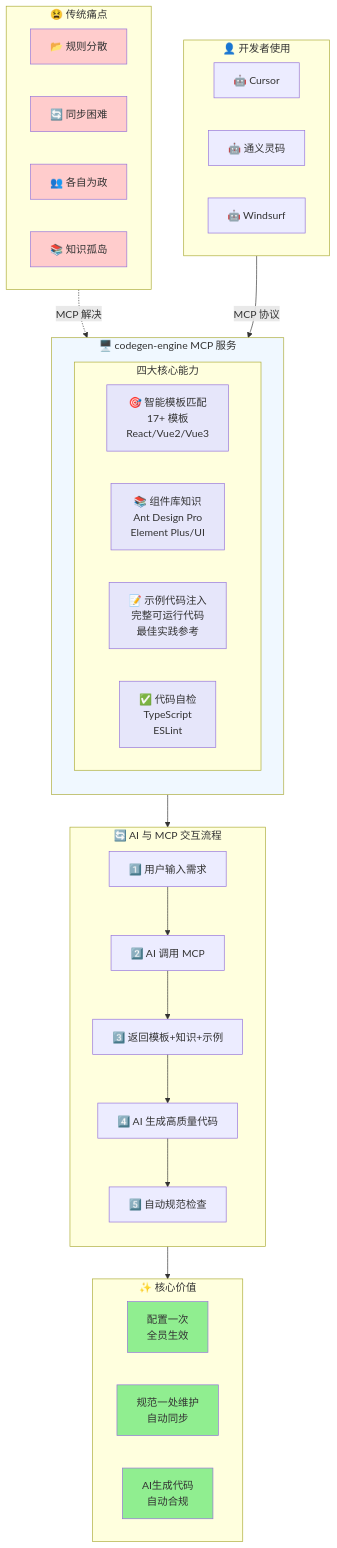
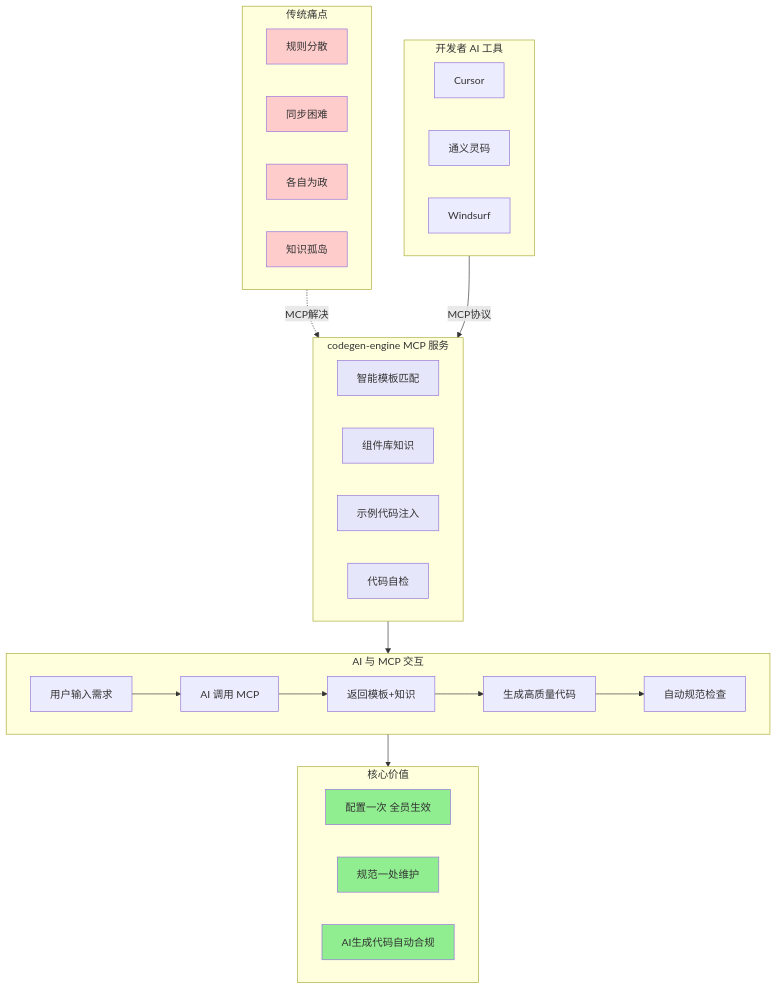
The first of 4 diagrams in 🤖AI驱动的B端页面开发指南（MCP版）.md (xiaoniuge36/codegen-engine-mcp), drawn with Mermaid before and after one commit.

Commit message:
fix: fix Mermaid diagram syntax errors - Remove nested subgraph - Use English IDs for subgraphs - Simplify node content

````diff
--- a/🤖AI驱动的B端页面开发指南（MCP版）.md
+++ b/🤖AI驱动的B端页面开发指南（MCP版）.md
@@ -59,61 +59,52 @@
 ```mermaid
 flowchart TB
-    subgraph 问题["😫 传统痛点"]
-        direction LR
-        P1[📂 规则分散]
-        P2[🔄 同步困难]
-        P3[👥 各自为政]
-        P4[📚 知识孤岛]
+    subgraph Problems["传统痛点"]
+        P1["规则分散"]
+        P2["同步困难"]
+        P3["各自为政"]
+        P4["知识孤岛"]
     end
 
-    subgraph 用户["👤 开发者使用"]
-        direction LR
-        U1[🤖 Cursor]
-        U2[🤖 通义灵码]
-        U3[🤖 Windsurf]
+    subgraph Users["开发者 AI 工具"]
+        U1["Cursor"]
+        U2["通义灵码"]
+        U3["Windsurf"]
     end
 
-    subgraph 交互["🔄 AI 与 MCP 交互流程"]
-        direction TB
-        I1["1️⃣ 用户输入需求"] --> I2["2️⃣ AI 调用 MCP"]
-        I2 --> I3["3️⃣ 返回模板+知识+示例"]
-        I3 --> I4["4️⃣ AI 生成高质量代码"]
-        I4 --> I5["5️⃣ 自动规范检查"]
+    subgraph MCPService["codegen-engine MCP 服务"]
+        C1["智能模板匹配"]
+        C2["组件库知识"]
+        C3["示例代码注入"]
+        C4["代码自检"]
     end
 
-    subgraph MCP["🖥️ codegen-engine MCP 服务"]
-        direction TB
-        subgraph 核心能力["四大核心能力"]
-            direction LR
-            C1["🎯 智能模板匹配<br/>17+ 模板<br/>React/Vue2/Vue3"]
-            C2["📚 组件库知识<br/>Ant Design Pro<br/>Element Plus/UI"]
-            C3["📝 示例代码注入<br/>完整可运行代码<br/>最佳实践参考"]
-            C4["✅ 代码自检<br/>TypeScript<br/>ESLint"]
-        end
+    subgraph Flow["AI 与 MCP 交互"]
+        I1["用户输入需求"] --> I2["AI 调用 MCP"]
+        I2 --> I3["返回模板+知识"]
+        I3 --> I4["生成高质量代码"]
+        I4 --> I5["自动规范检查"]
     end
 
-    subgraph 价值["✨ 核心价值"]
-        direction LR
-        V1[配置一次<br/>全员生效]
-        V2[规范一处维护<br/>自动同步]
-        V3[AI生成代码<br/>自动合规]
+    subgraph Value["核心价值"]
+        V1["配置一次 全员生效"]
+        V2["规范一处维护"]
+        V3["AI生成代码自动合规"]
     end
 
-    问题 -.->|MCP 解决| MCP
-    用户 -->|MCP 协议| MCP
-    MCP --> 交互
-    交互 --> 价值
+    Problems -.->|MCP解决| MCPService
+    Users -->|MCP协议| MCPService
+    MCPService --> Flow
+    Flow --> Value
 
     style P1 fill:#ffcccc
     style P2 fill:#ffcccc
     style P3 fill:#ffcccc
     style P4 fill:#ffcccc
     style C1 fill:#E6E6FA
     style C2 fill:#E6E6FA
     style C3 fill:#E6E6FA
     style C4 fill:#E6E6FA
     style V1 fill:#90EE90
     style V2 fill:#90EE90
     style V3 fill:#90EE90
-    style MCP fill:#f0f8ff
 ```
````
